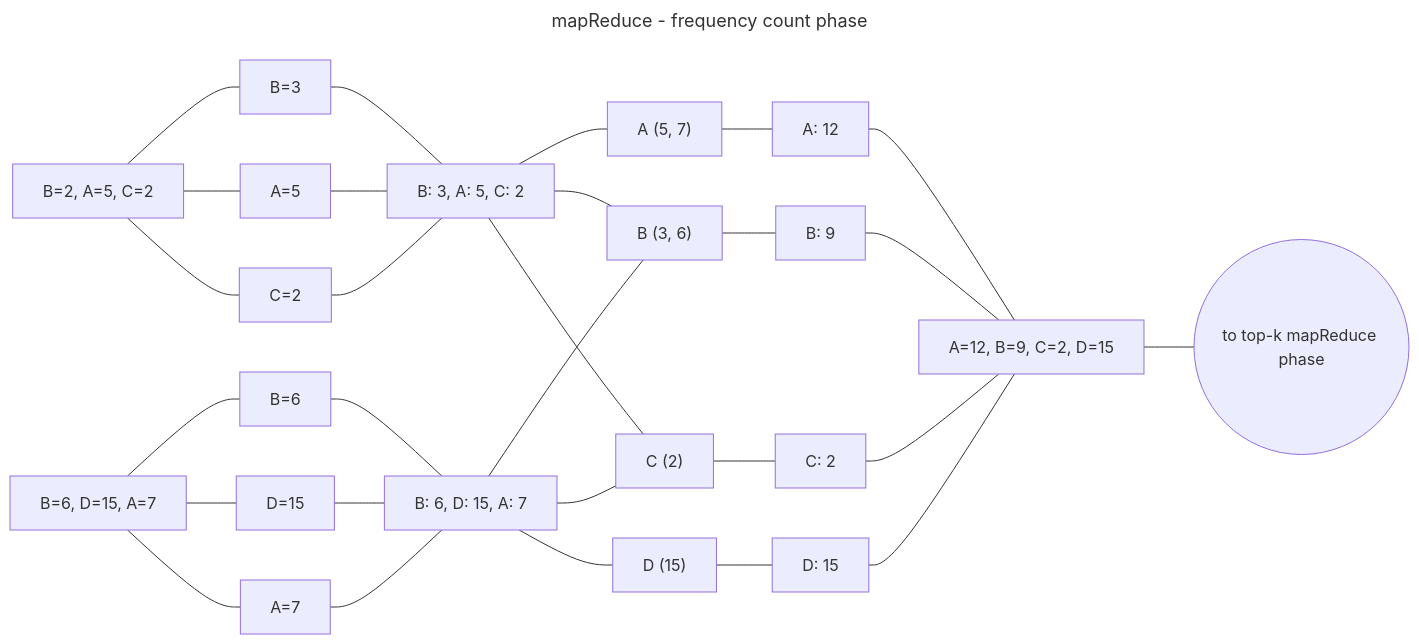
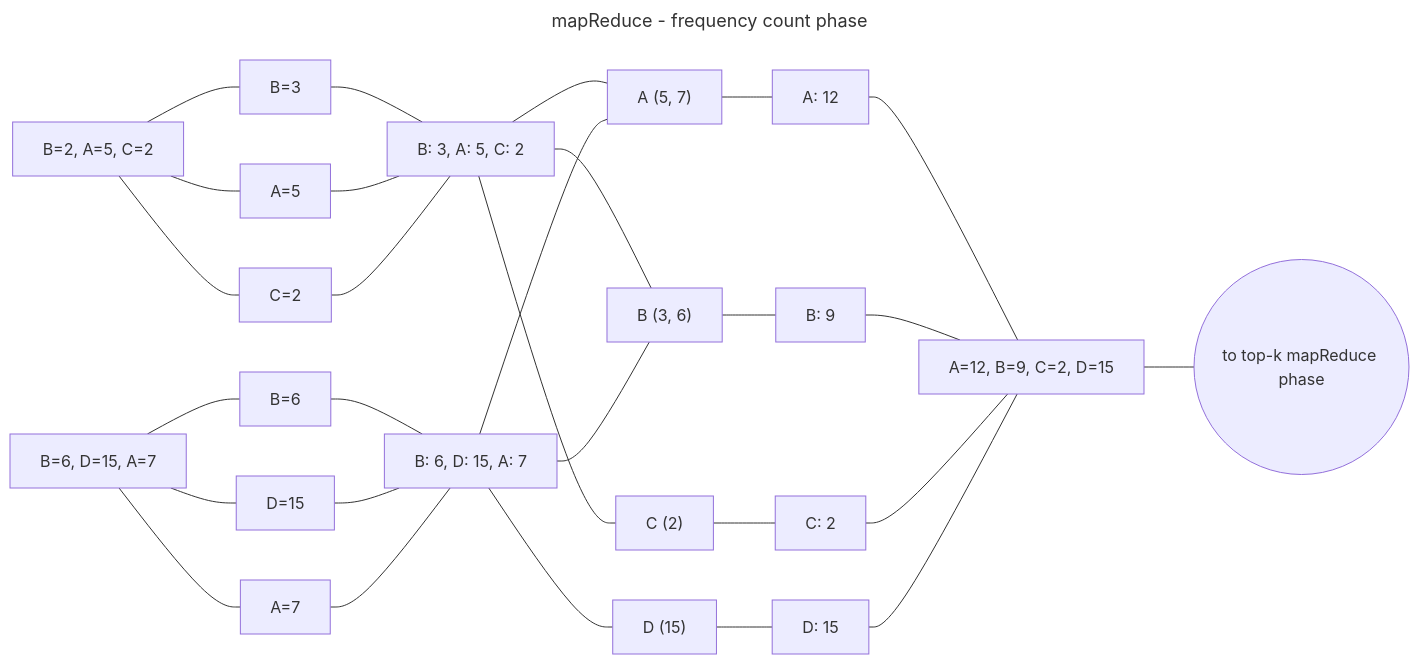
One commit to brk-a/system-design changed the seventh of 8 diagrams in 0x05-top_k_problem/0-top_k_problem.md. Above: the diagram before and after it, drawn with Mermaid. The commit also changed other lines of this file, not shown here.

````diff
--- a/0x05-top_k_problem/0-top_k_problem.md
+++ b/0x05-top_k_problem/0-top_k_problem.md
@@ -176,33 +176,33 @@
             ```mermaid
             ---
             title: mapReduce - frequency count phase
             ---
             flowchart LR
             A[B=2, A=5, C=2]---B[B=3]
             A---C[A=5]
             A---D[C=2]
             E[B=6, D=15, A=7]---F[B=6]
             E---G[D=15]
             E---H[A=7]
             B---I[B: 3, A: 5, C: 2]
             C---I
             D---I
             F---J[B: 6, D: 15, A: 7]
             G---J
             H---J
             I---K["A (5, 7)"]
             I---L["B (3, 6)"]
             I---M["C (2)"]
+            J---K
             J---L
-            J---M
             J---N["D (15)"]
             K---O[A: 12]
             L---P[B: 9]
             M---Q[C: 2]
             N---R[D: 15]
             O---S[A=12, B=9, C=2, D=15]
             P---S
             Q---S
             R---S
             S---T((to top-k mapReduce phase))
             ```
````
